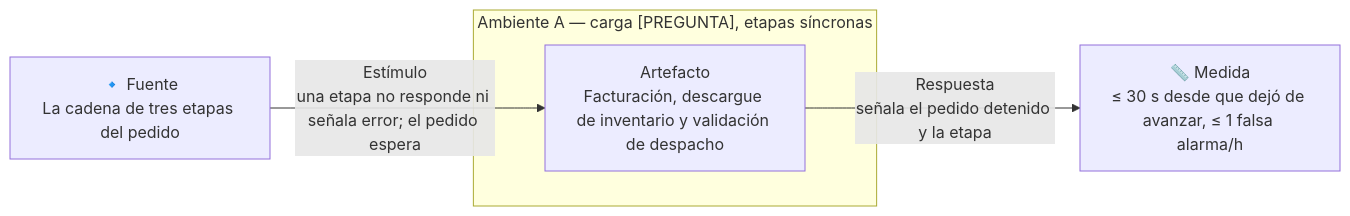
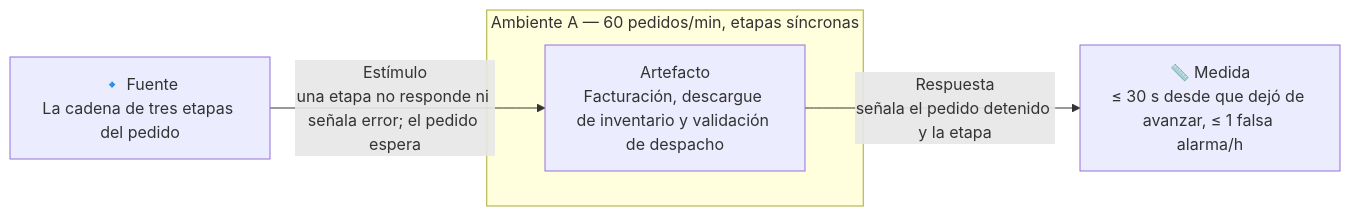
One commit to MATI-MBIT/arqsoft-reto-2 changed the third of 4 diagrams in docs/quality-attributes.md. Above: the diagram before and after it, drawn with Mermaid. The commit also changed other lines of this file, not shown here.

First line of the commit message:
Ajusta las fichas de los ASR al formato y fija las cifras de carga

````diff
--- a/docs/quality-attributes.md
+++ b/docs/quality-attributes.md
@@ -135,9 +160,9 @@
 ```mermaid
 flowchart LR
     F["🔹 Fuente<br/>La cadena de tres etapas del pedido"]
     F -- "Estímulo<br/>una etapa no responde ni señala error; el pedido espera" --> A
-    subgraph AMB["Ambiente A — carga [PREGUNTA], etapas síncronas"]
+    subgraph AMB["Ambiente A — 60 pedidos/min, etapas síncronas"]
         A["Artefacto<br/>Facturación, descargue de inventario y validación de despacho"]
     end
     A -- "Respuesta<br/>señala el pedido detenido y la etapa" --> M["📏 Medida<br/>≤ 30 s desde que dejó de avanzar, ≤ 1 falsa alarma/h"]
 ```
````
